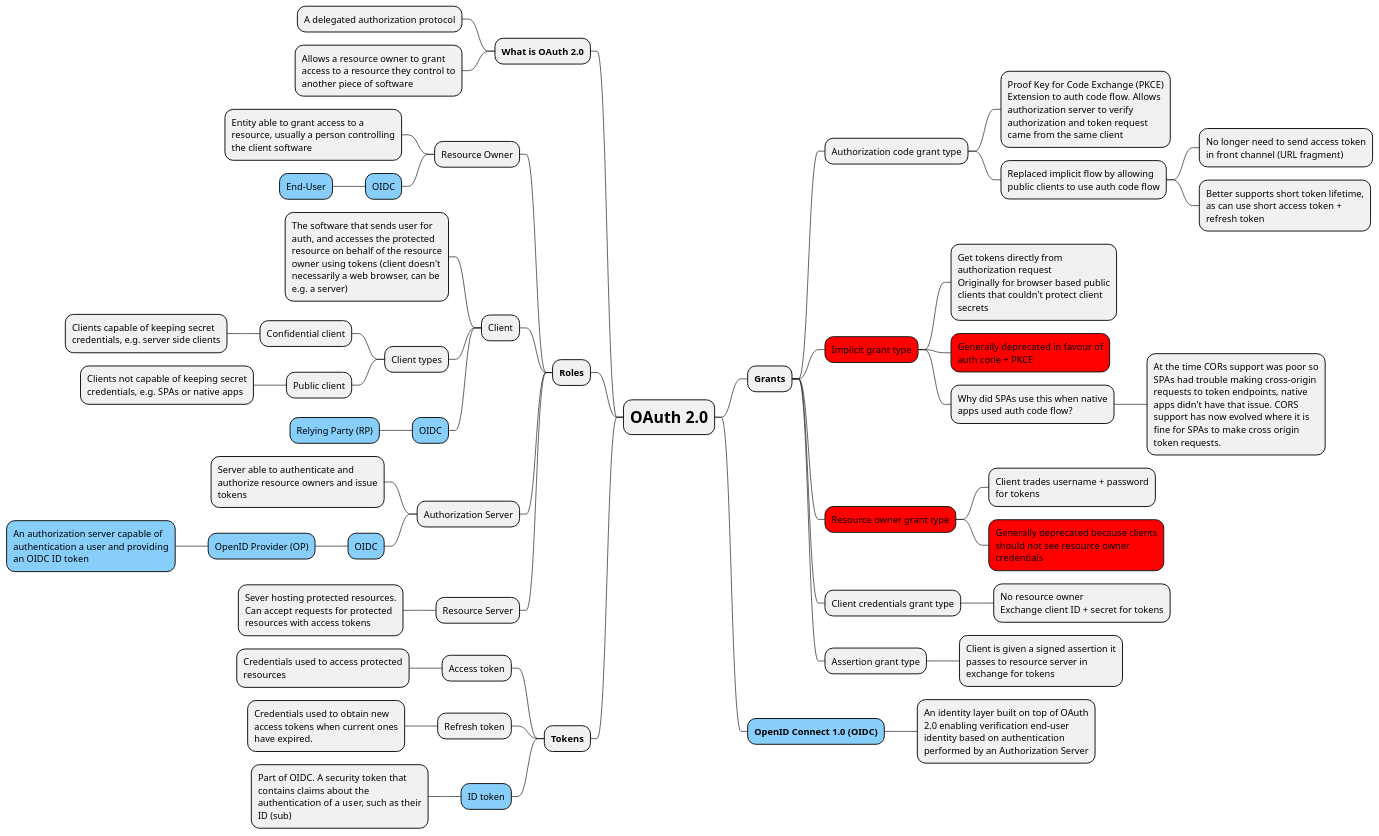
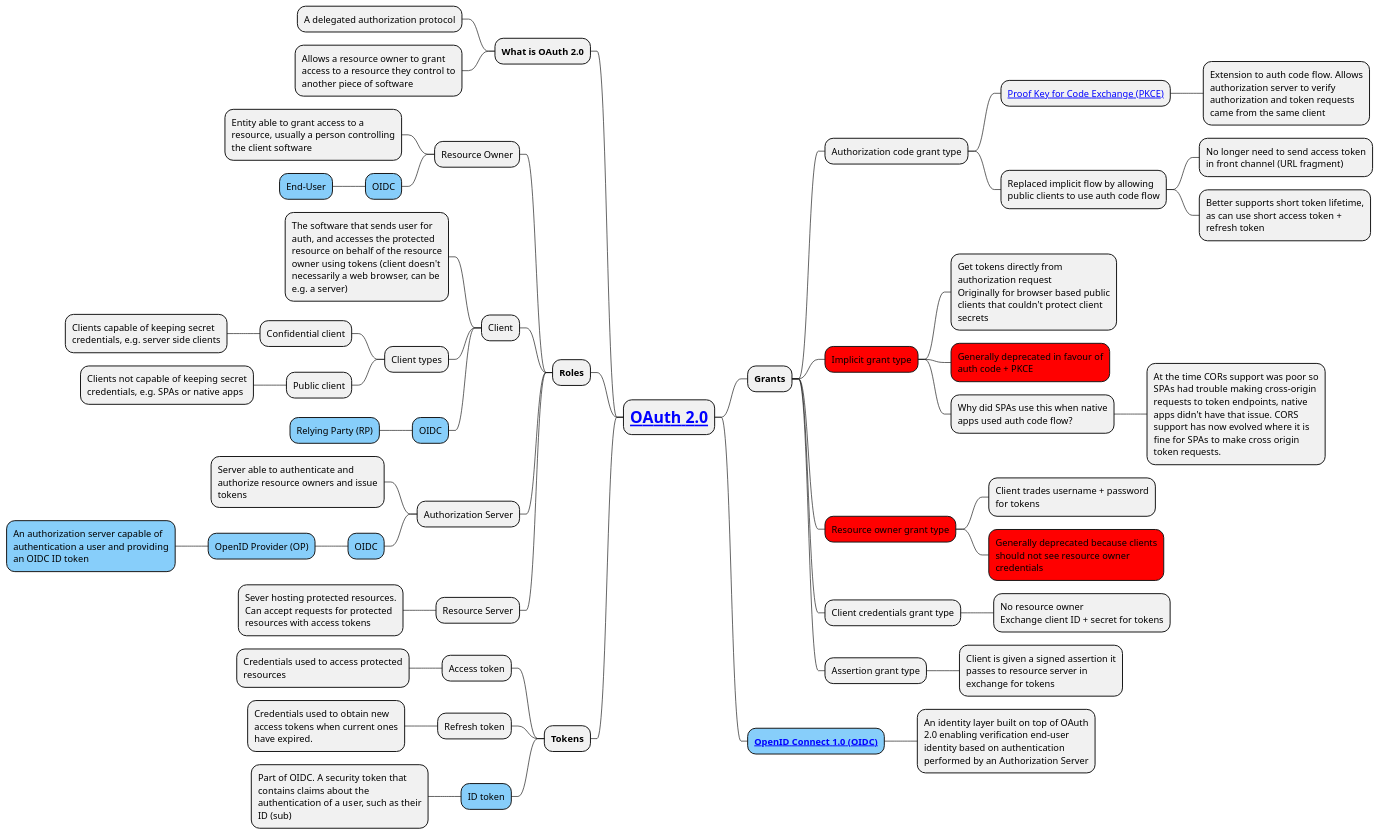
The diagram in oauth/oauth.puml (hwride/auth), drawn with PlantUML before and after one commit.

Commit message:
Add some spec links

```diff
--- a/oauth/oauth.puml
+++ b/oauth/oauth.puml
@@ -1,70 +1,70 @@
 @startmindmap
 
 <style>
 node {
     MaximumWidth 250
 }
 </style>
 
-* <size:24><b>OAuth 2.0</b></size>
+* <size:24><b>[[https://datatracker.ietf.org/doc/html/rfc6749 OAuth 2.0]]</b></size>
 ** <b>Grants</b>
 *** Authorization code grant type
-****:Proof Key for Code Exchange (PKCE)
-Extension to auth code flow. Allows authorization server to verify authorization and token request came from the same client;
+**** [[https://datatracker.ietf.org/doc/html/rfc7636 Proof Key for Code Exchange (PKCE)]]
+***** Extension to auth code flow. Allows authorization server to verify authorization and token requests came from the same client
 **** Replaced implicit flow by allowing public clients to use auth code flow
 ***** No longer need to send access token in front channel (URL fragment)
 ***** Better supports short token lifetime, as can use short access token + refresh token
 ***[#red] Implicit grant type
 ****:Get tokens directly from authorization request
 Originally for browser based public clients that couldn't protect client secrets;
 ****[#red] Generally deprecated in favour of auth code + PKCE
 **** Why did SPAs use this when native apps used auth code flow?
 ***** At the time CORs support was poor so SPAs had trouble making cross-origin requests to token endpoints, native apps didn't have that issue. CORS support has now evolved where it is fine for SPAs to make cross origin token requests.
 
 ***[#red] Resource owner grant type
 **** Client trades username + password for tokens
 ****[#red] Generally deprecated because clients should not see resource owner credentials
 *** Client credentials grant type
 **** No resource owner\nExchange client ID + secret for tokens
 *** Assertion grant type
 **** Client is given a signed assertion it passes to resource server in exchange for tokens
 
-**[#LightSkyBlue] <b>OpenID Connect 1.0 (OIDC)</b>
+**[#LightSkyBlue] <b>[[https://openid.net/specs/openid-connect-core-1_0-final.html OpenID Connect 1.0 (OIDC)]]</b>
 *** An identity layer built on top of OAuth 2.0 enabling verification end-user identity based on authentication performed by an Authorization Server
 
 left side
 
 ** <b>What is OAuth 2.0</b>
 *** A delegated authorization protocol
 *** Allows a resource owner to grant access to a resource they control to another piece of software
 
 ** <b>Roles</b>
 *** Resource Owner
 **** Entity able to grant access to a resource, usually a person controlling the client software
 ****[#LightSkyBlue] OIDC
 *****[#LightSkyBlue] End-User
 *** Client
 **** The software that sends user for auth, and accesses the protected resource on behalf of the resource owner using tokens (client doesn't necessarily a web browser, can be e.g. a server)
 **** Client types
 ***** Confidential client
 ****** Clients capable of keeping secret credentials, e.g. server side clients
 ***** Public client
 ****** Clients not capable of keeping secret credentials, e.g. SPAs or native apps
 ****[#LightSkyBlue] OIDC
 *****[#LightSkyBlue] Relying Party (RP)
 *** Authorization Server
 **** Server able to authenticate and authorize resource owners and issue tokens
 ****[#LightSkyBlue] OIDC
 *****[#LightSkyBlue] OpenID Provider (OP)
 ******[#LightSkyBlue] An authorization server capable of authentication a user and providing an OIDC ID token
 *** Resource Server
 **** Sever hosting protected resources. Can accept requests for protected resources with access tokens
 
 ** <b>Tokens</b>
 *** Access token
 **** Credentials used to access protected resources
 *** Refresh token
 **** Credentials used to obtain new access tokens when current ones have expired.
 ***[#LightSkyBlue] ID token
 **** Part of OIDC. A security token that contains claims about the authentication of a user, such as their ID (sub)
 @endmindmap
```
